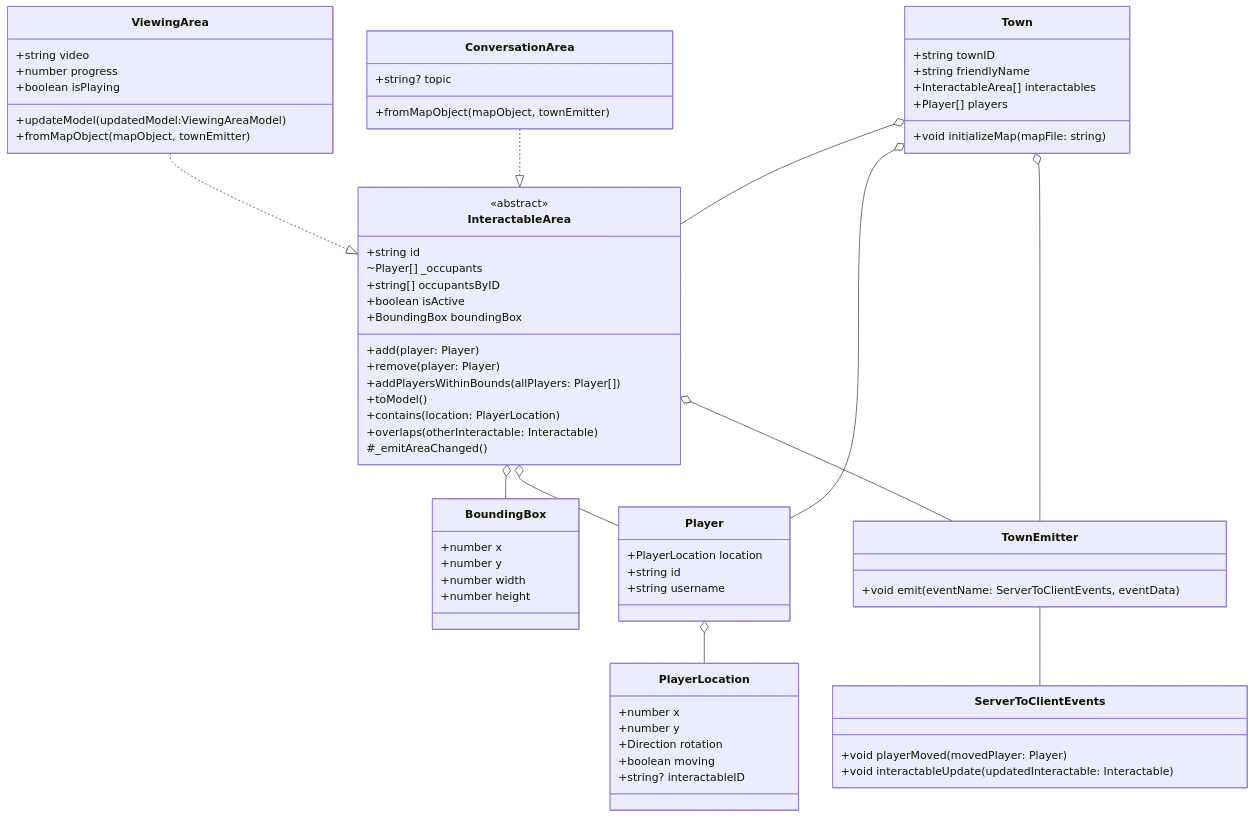
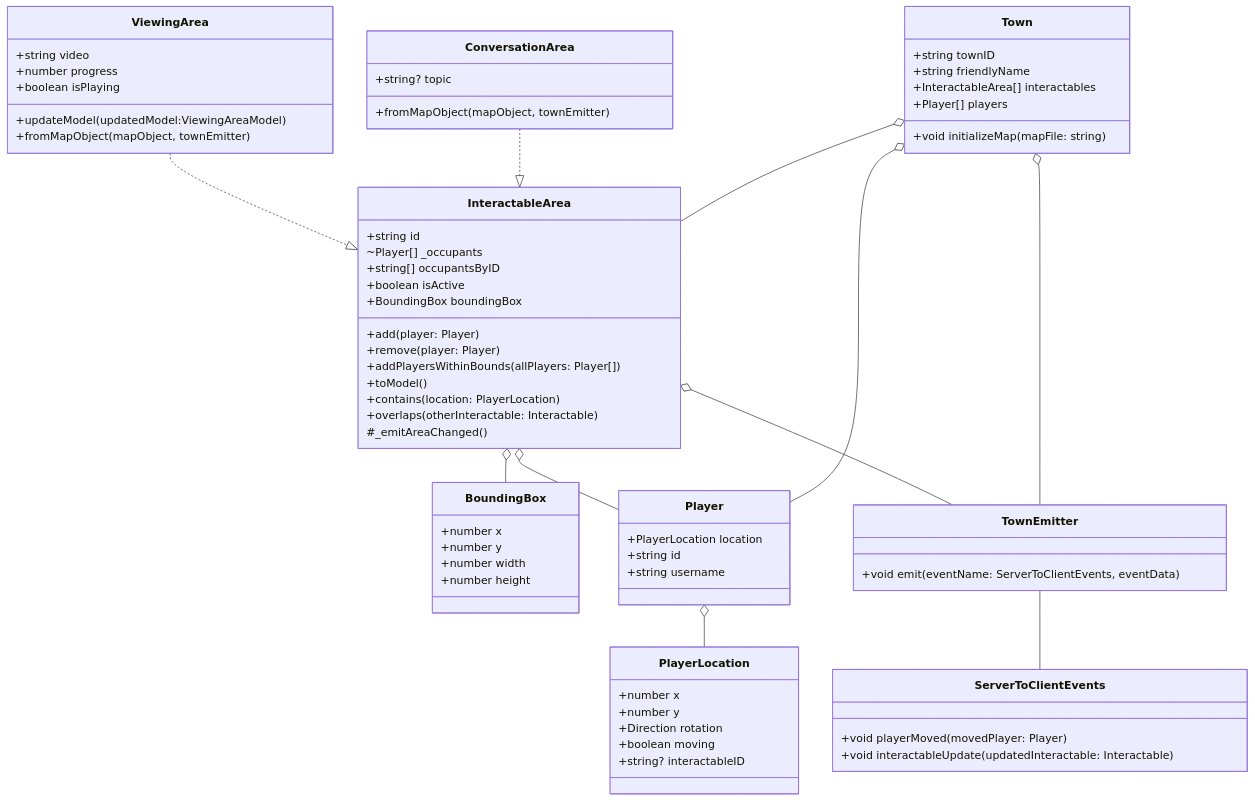
Before and after one commit to neu-se/CS4530-Fall-2022: the diagram in Assignments/ip1/ip1.md, drawn with Mermaid. The commit also changed other lines of this file and 3 other files, not shown here.

````diff
--- a/Assignments/ip1/ip1.md
+++ b/Assignments/ip1/ip1.md
@@ -52,73 +52,73 @@
-```mermaid!
+<div class="mermaid">
+ %%{init: { 'theme':'forest', } }%%
 classDiagram
-class InteractableArea {
-    <<abstract>>
-    +string id
-    ~Player[] _occupants
-    +string[] occupantsByID
-    +boolean isActive
-    +BoundingBox boundingBox
-    +add(player: Player)
-    +remove(player: Player)
-    +addPlayersWithinBounds(allPlayers: Player[])
-    +toModel()
-    +contains(location: PlayerLocation)
-    +overlaps(otherInteractable: Interactable)
-    #_emitAreaChanged()
-}
+   class InteractableArea {
+       +string id
+       ~Player[] _occupants
+       +string[] occupantsByID
+       +boolean isActive
+       +BoundingBox boundingBox
+       +add(player: Player)
+       +remove(player: Player)
+       +addPlayersWithinBounds(allPlayers: Player[])
+       +toModel()
+       +contains(location: PlayerLocation)
+       +overlaps(otherInteractable: Interactable)
+       #_emitAreaChanged()
+   }
 
-class ViewingArea {
-    +string video
-    +number progress
-    +boolean isPlaying
-    +updateModel(updatedModel:ViewingAreaModel)
-    +fromMapObject(mapObject, townEmitter)
-}
+   class ViewingArea {
+       +string video
+       +number progress
+       +boolean isPlaying
+       +updateModel(updatedModel:ViewingAreaModel)
+       +fromMapObject(mapObject, townEmitter)
+   }
 
-class ConversationArea {
-    +string? topic
-    +fromMapObject(mapObject, townEmitter)
-}
-class BoundingBox {
-    +number x
-    +number y
-    +number width
-    +number height
-}
-class Player {
-    +PlayerLocation location
-    +string id
-    +string username
-}
-class PlayerLocation {
-    +number x
-    +number y
-    +Direction rotation
-    +boolean moving
-    +string? interactableID
-}
-class Town {
-    +string townID
-    +string friendlyName
-    +InteractableArea[] interactables
-    +Player[] players
-    +void initializeMap(mapFile: string)
-}
-class TownEmitter {
-    +void emit(eventName: ServerToClientEvents, eventData)
-}
-class ServerToClientEvents {
-    +void playerMoved(movedPlayer: Player)
-    +void interactableUpdate(updatedInteractable: Interactable)
-}
-ViewingArea ..|> InteractableArea
-ConversationArea ..|> InteractableArea
-InteractableArea o-- BoundingBox
-InteractableArea o-- Player
-InteractableArea o-- TownEmitter
-Player o-- PlayerLocation
-Town o-- Player
-Town o-- InteractableArea
-Town o-- TownEmitter
-TownEmitter -- ServerToClientEvents
-```
+   class ConversationArea {
+       +string? topic
+       +fromMapObject(mapObject, townEmitter)
+   }
+   class BoundingBox {
+       +number x
+       +number y
+       +number width
+       +number height
+   }
+   class Player {
+       +PlayerLocation location
+       +string id
+       +string username
+   }
+   class PlayerLocation {
+       +number x
+       +number y
+       +Direction rotation
+       +boolean moving
+       +string? interactableID
+   }
+   class Town {
+       +string townID
+       +string friendlyName
+       +InteractableArea[] interactables
+       +Player[] players
+       +void initializeMap(mapFile: string)
+   }
+   class TownEmitter {
+       +void emit(eventName: ServerToClientEvents, eventData)
+   }
+   class ServerToClientEvents {
+       +void playerMoved(movedPlayer: Player)
+       +void interactableUpdate(updatedInteractable: Interactable)
+   }
+   ViewingArea ..|> InteractableArea
+   ConversationArea ..|> InteractableArea
+   InteractableArea o-- BoundingBox
+   InteractableArea o-- Player
+   InteractableArea o-- TownEmitter
+   Player o-- PlayerLocation
+   Town o-- Player
+   Town o-- InteractableArea
+   Town o-- TownEmitter
+   TownEmitter -- ServerToClientEvents
+</div>
````
